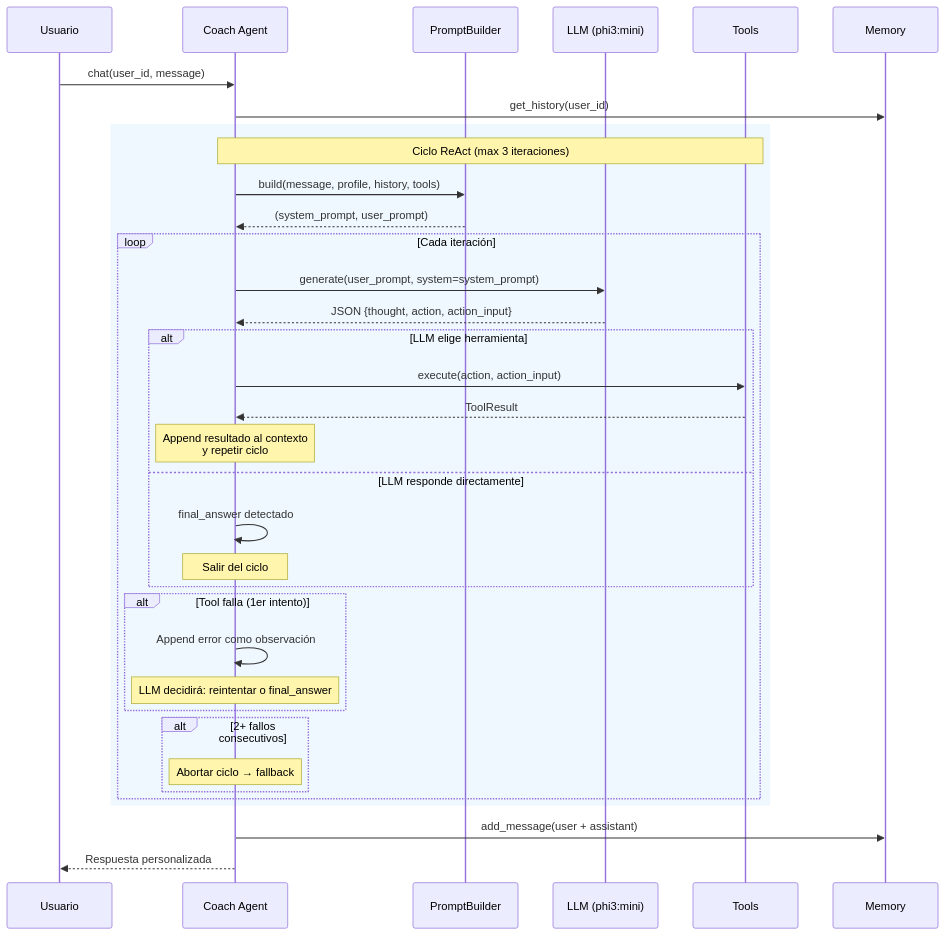
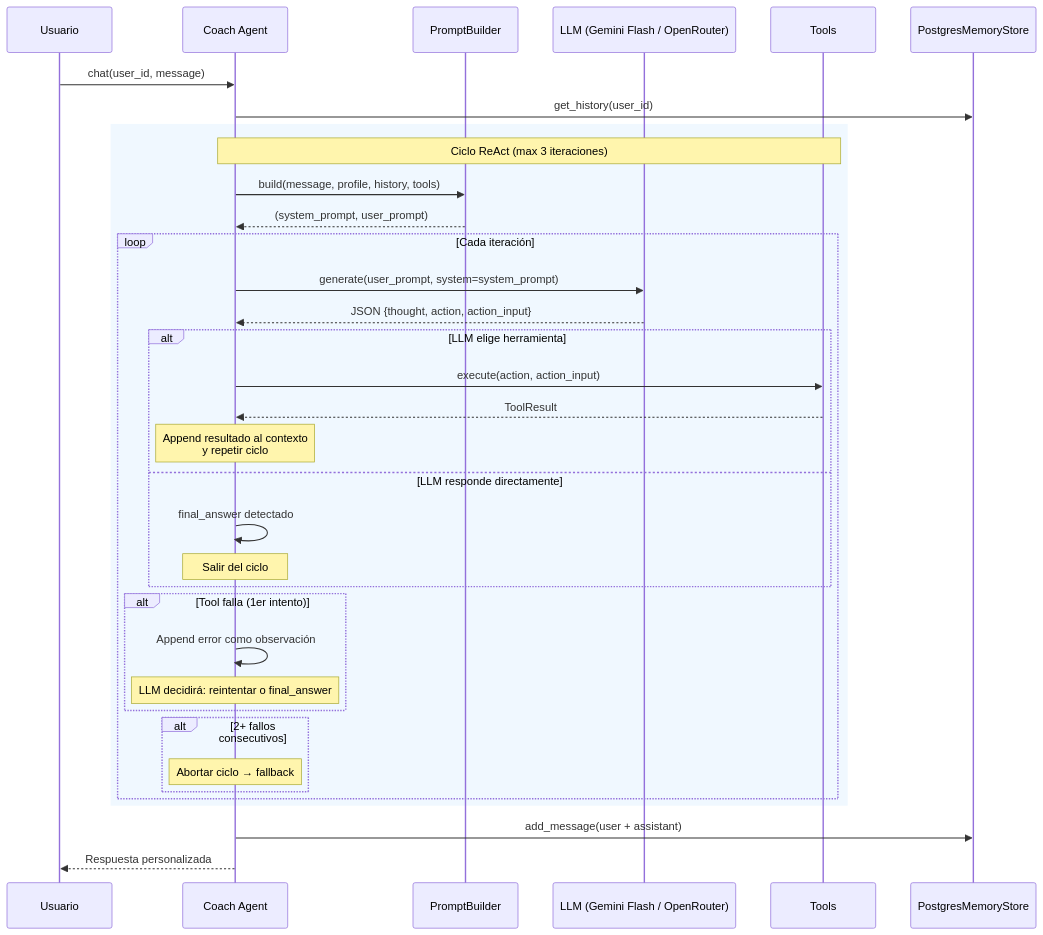
One commit to danielsanchez040601-byte/SeniorVital---Backend-API changed the diagram in docs/agents/wellness-agent.md. Above: the diagram before and after it, drawn with Mermaid. The commit also changed other lines of this file and 7 other files, not shown here.

````diff
--- a/docs/agents/wellness-agent.md
+++ b/docs/agents/wellness-agent.md
@@ -112,45 +114,45 @@
 ```mermaid
 sequenceDiagram
     participant U as Usuario
     participant C as Coach Agent
     participant PB as PromptBuilder
-    participant L as LLM (phi3:mini)
+    participant L as LLM (Gemini Flash / OpenRouter)
     participant T as Tools
-    participant M as Memory
+    participant M as PostgresMemoryStore
 
     U->>C: chat(user_id, message)
     C->>M: get_history(user_id)
 
     rect rgb(240, 248, 255)
     Note over C,T: Ciclo ReAct (max 3 iteraciones)
     C->>PB: build(message, profile, history, tools)
     PB-->>C: (system_prompt, user_prompt)
 
     loop Cada iteración
         C->>L: generate(user_prompt, system=system_prompt)
         L-->>C: JSON {thought, action, action_input}
 
         alt LLM elige herramienta
             C->>T: execute(action, action_input)
             T-->>C: ToolResult
             Note over C: Append resultado al contexto<br/>y repetir ciclo
 
         else LLM responde directamente
             C->>C: final_answer detectado
             Note over C: Salir del ciclo
         end
 
         alt Tool falla (1er intento)
             C->>C: Append error como observación
             Note over C: LLM decidirá: reintentar o final_answer
         end
 
         alt 2+ fallos consecutivos
             Note over C: Abortar ciclo → fallback
         end
     end
     end
 
     C->>M: add_message(user + assistant)
     C-->>U: Respuesta personalizada
 ```
````
